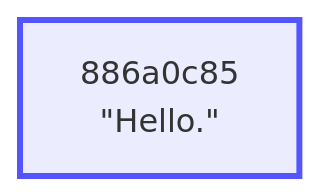
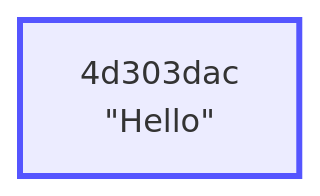
The first of 26 diagrams in Envelope/OutputFormats.md (BlockchainCommons/Gordian), drawn with Mermaid before and after one commit. The commit also changed other lines of this file and 6 other files, not shown here.

````diff
--- a/Envelope/OutputFormats.md
+++ b/Envelope/OutputFormats.md
@@ -39,5 +55,5 @@
 ```mermaid
 graph LR
-    1["886a0c85<br/>#quot;Hello.#quot;"]
+    1["4d303dac<br/>#quot;Hello#quot;"]
     style 1 stroke:#55f,stroke-width:3.0px
 ```
````
